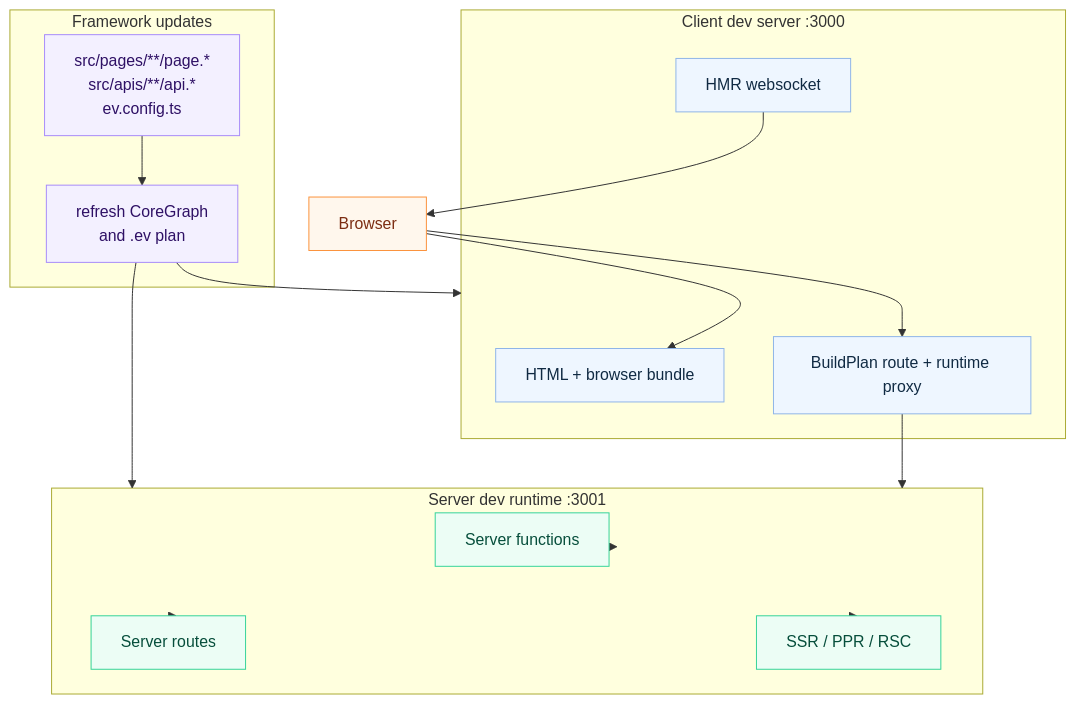
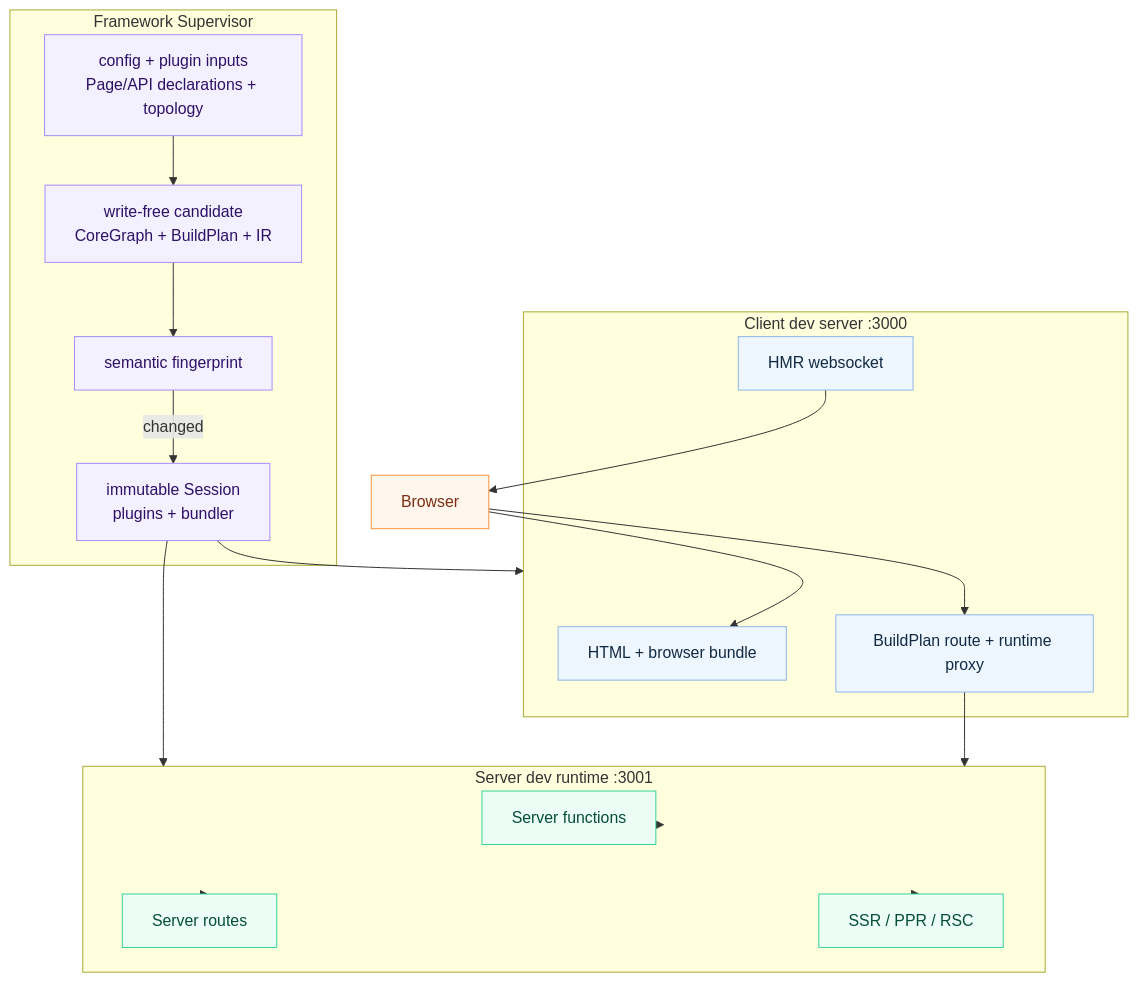
One commit to afx-team/evjs changed the diagram in docs/docs/dev.md. Above: the diagram before and after it, drawn with Mermaid. The commit also changed other lines of this file and 47 other files, not shown here.

````diff
--- a/docs/docs/dev.md
+++ b/docs/docs/dev.md
@@ -62,40 +62,43 @@
 ```mermaid
 flowchart TB
   Browser["Browser"]
 
   subgraph ClientSide["Client dev server :3000"]
     HTML["HTML + browser bundle"]
     HMR["HMR websocket"]
     Proxy["BuildPlan route + runtime proxy"]
   end
 
   subgraph ServerSide["Server dev runtime :3001"]
     Functions["Server functions"]
     Routes["Server routes"]
     Rendering["SSR / PPR / RSC"]
   end
 
-  subgraph Updates["Framework updates"]
-    Files["src/pages/**/page.*\nsrc/apis/**/api.*\nev.config.ts"]
-    Plan["refresh CoreGraph\nand .ev plan"]
+  subgraph Updates["Framework Supervisor"]
+    Files["config + plugin inputs\nPage/API declarations + topology"]
+    Prepare["write-free candidate\nCoreGraph + BuildPlan + IR"]
+    Fingerprint["semantic fingerprint"]
+    Session["immutable Session\nplugins + bundler"]
   end
 
   Browser --> HTML
   HMR --> Browser
   Browser --> Proxy --> ServerSide
   ServerSide --> Functions
   ServerSide --> Routes
   ServerSide --> Rendering
-  Files --> Plan
-  Plan --> ClientSide
-  Plan --> ServerSide
+  Files --> Prepare --> Fingerprint
+  Fingerprint -->|changed| Session
+  Session --> ClientSide
+  Session --> ServerSide
 
   classDef browser fill:#fff7ed,stroke:#fb923c,color:#7c2d12;
   classDef client fill:#eef6ff,stroke:#8fb5e8,color:#102a43;
   classDef server fill:#ecfdf5,stroke:#34d399,color:#064e3b;
   classDef update fill:#f3f0ff,stroke:#a78bfa,color:#2e1065;
   class Browser browser;
   class HTML,HMR,Proxy client;
   class Functions,Routes,Rendering server;
-  class Files,Plan update;
+  class Files,Prepare,Fingerprint,Session update;
 ```
````
